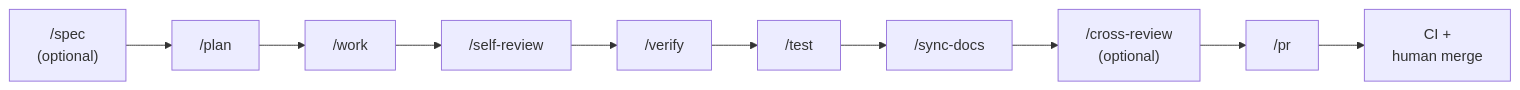
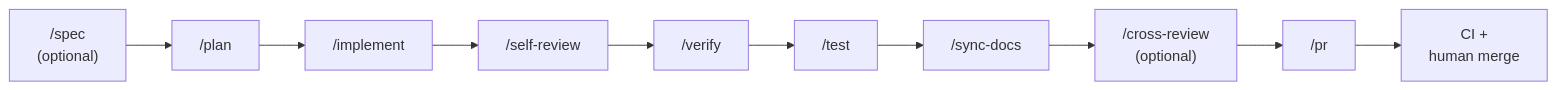
One commit to yoshpy-dev/ralph changed the diagram in README.md. Above: the diagram before and after it, drawn with Mermaid. The commit also changed other lines of this file and 14 other files, not shown here.

First line of the commit message:
docs: rename /work to /implement in AGENTS, README, and docs

````diff
--- a/README.md
+++ b/README.md
@@ -202,12 +202,12 @@
 ```mermaid
 flowchart LR
     A["/spec<br/>(optional)"] --> B["/plan"]
-    B --> C["/work"]
+    B --> C["/implement"]
     C --> E["/self-review"]
     E --> F["/verify"]
     F --> G["/test"]
     G --> H["/sync-docs"]
     H --> I["/cross-review<br/>(optional)"]
     I --> J["/pr"]
     J --> K["CI +<br/>human merge"]
 ```
````
